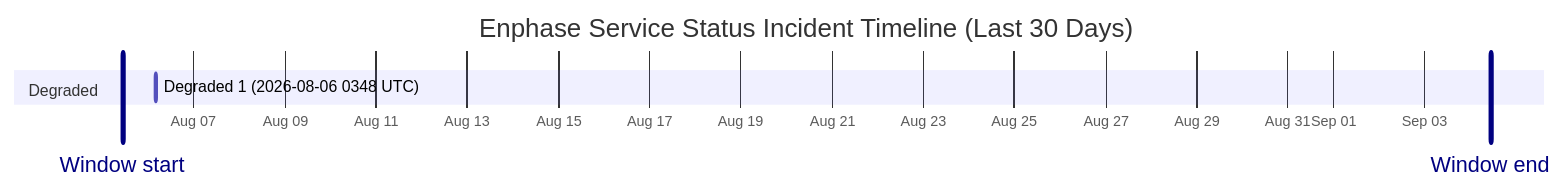
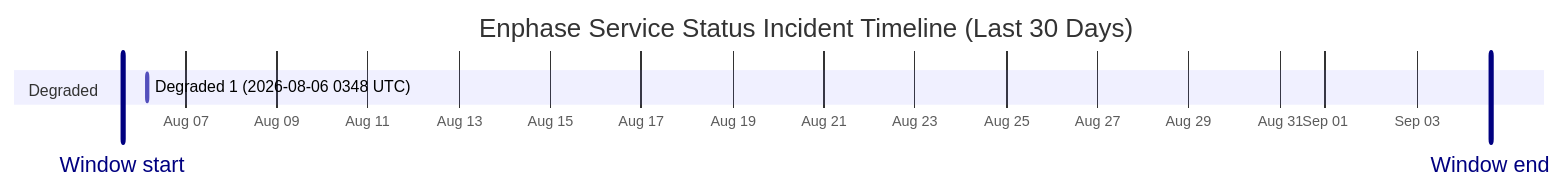
One commit to barneyonline/ha-enphase-energy changed the diagram in wiki/Service-Status-History.md. Above: the diagram before and after it, drawn with Mermaid. The commit also changed other lines of this file and 3 other files, not shown here.

````diff
--- a/wiki/Service-Status-History.md
+++ b/wiki/Service-Status-History.md
@@ -14,10 +14,10 @@
 ```mermaid
 gantt
     title Enphase Service Status Incident Timeline (Last 30 Days)
     dateFormat  YYYY-MM-DDTHH:mm:ss
     axisFormat  %b %d
-    Window start :vert, window-start, 2026-08-05T10:37:23, 0ms
-    Window end :vert, window-end, 2026-09-04T10:37:23, 0ms
+    Window start :vert, window-start, 2026-08-05T14:47:01, 0ms
+    Window end :vert, window-end, 2026-09-04T14:47:01, 0ms
     section Degraded
     Degraded 1 (2026-08-06 0348 UTC) :active, degraded-1, 2026-08-06T03:48:14, 60m
 ```
````
